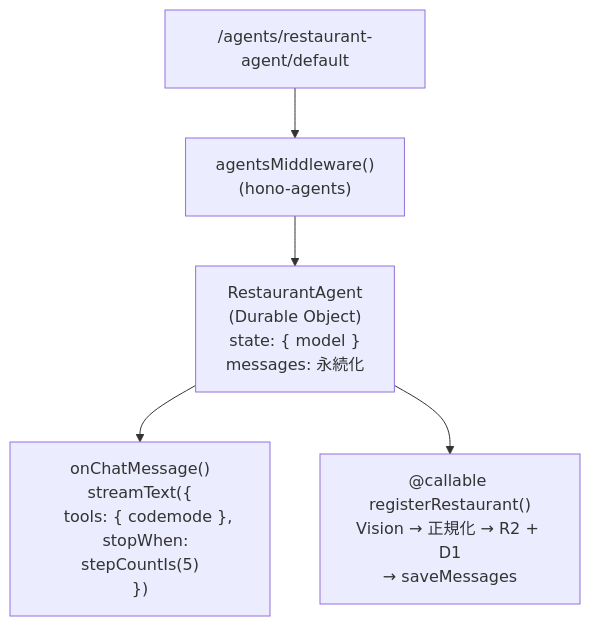
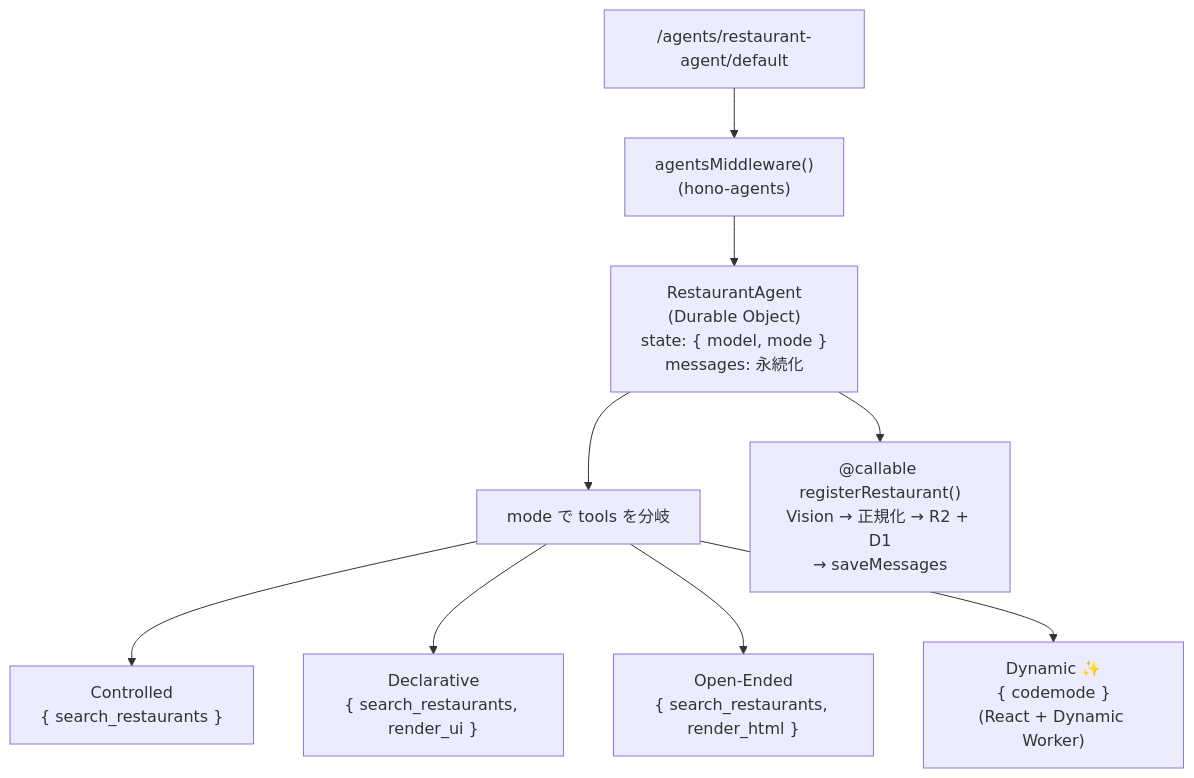
One commit to yusukebe/generative-ui-playground changed the third of 5 diagrams in README.md. Above: the diagram before and after it, drawn with Mermaid. The commit also changed other lines of this file, not shown here.

````diff
--- a/README.md
+++ b/README.md
@@ -96,8 +102,11 @@
 ```mermaid
 flowchart TB
   Route["/agents/restaurant-agent/default"] --> Mid["agentsMiddleware()<br/>(hono-agents)"]
-  Mid --> Agent["RestaurantAgent<br/>(Durable Object)<br/>state: { model }<br/>messages: 永続化"]
-
-  Agent --> Stream["onChatMessage()<br/>streamText({<br/>　tools: { codemode },<br/>　stopWhen: stepCountIs(5)<br/>})"]
+  Mid --> Agent["RestaurantAgent<br/>(Durable Object)<br/>state: { model, mode }<br/>messages: 永続化"]
+  Agent --> Sw["mode で tools を分岐"]
+  Sw --> Ctl["Controlled<br/>{ search_restaurants }"]
+  Sw --> Dcl["Declarative<br/>{ search_restaurants, render_ui }"]
+  Sw --> Oe["Open-Ended<br/>{ search_restaurants, render_html }"]
+  Sw --> Dy["Dynamic ✨<br/>{ codemode }<br/>(React + Dynamic Worker)"]
   Agent --> Reg["@callable registerRestaurant()<br/>Vision → 正規化 → R2 + D1<br/>→ saveMessages"]
 ```
````
